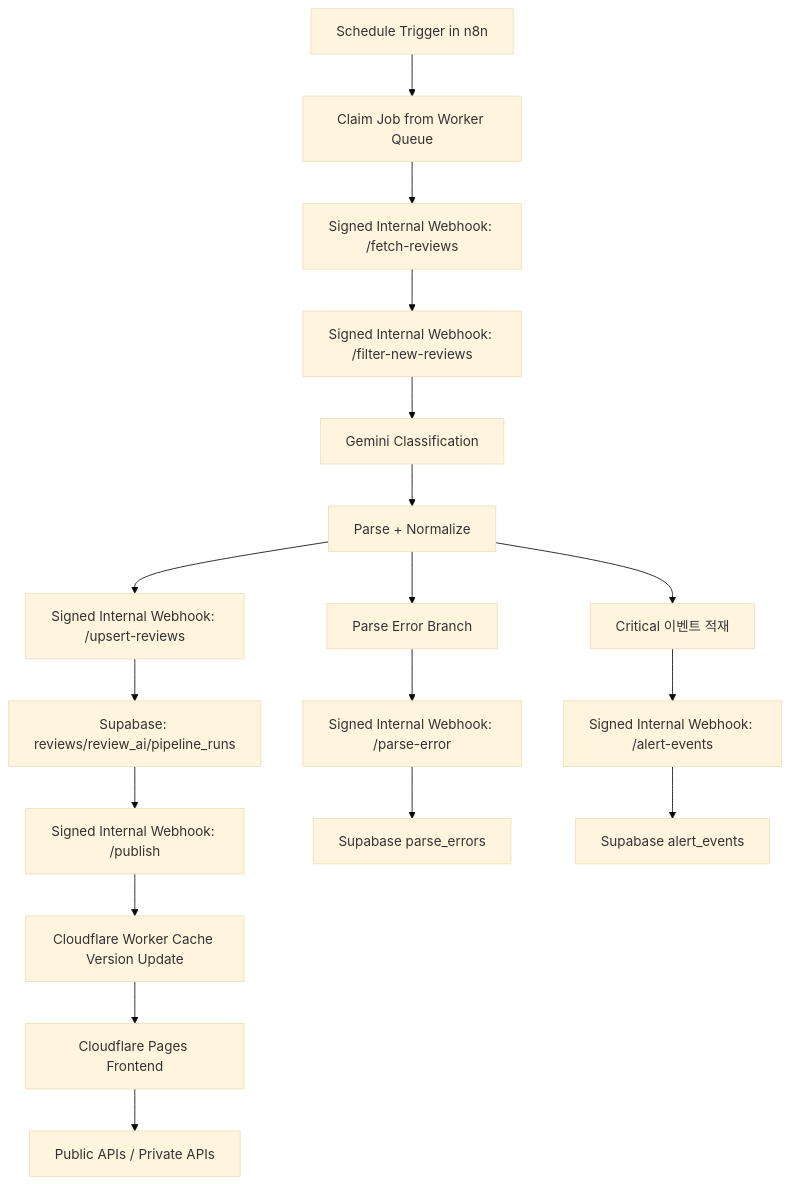
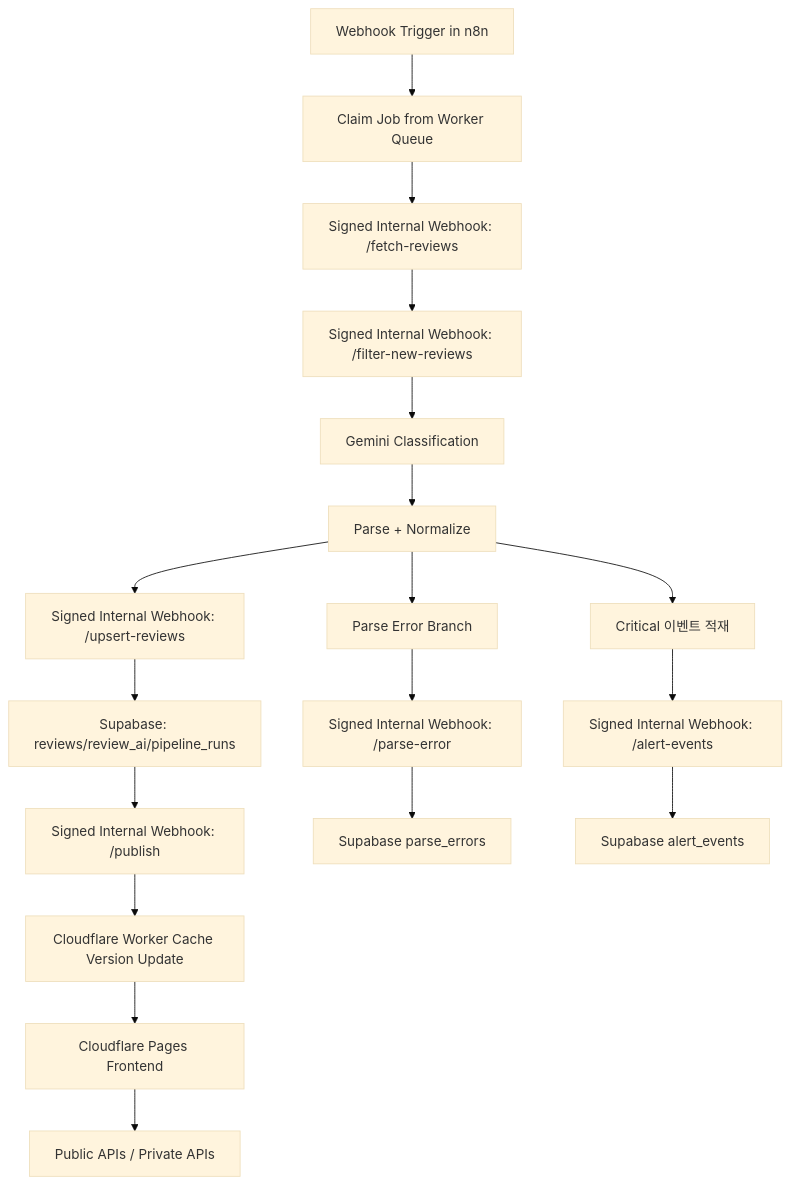
Before and after one commit to jeonsavvy/VoC-Radar: the diagram in README.md, drawn with Mermaid (base theme). The commit also changed other lines of this file and 9 other files, not shown here.

Commit message:
feat: trigger n8n immediately when queue job is created

````diff
--- a/README.md
+++ b/README.md
@@ -8,20 +8,20 @@
 ```mermaid
 graph TD
-    A[Schedule Trigger in n8n] --> B[Claim Job from Worker Queue]
+    A[Webhook Trigger in n8n] --> B[Claim Job from Worker Queue]
     B --> C[Signed Internal Webhook: /fetch-reviews]
     C --> D[Signed Internal Webhook: /filter-new-reviews]
     D --> E[Gemini Classification]
     E --> F[Parse + Normalize]
     F --> G[Signed Internal Webhook: /upsert-reviews]
     G --> H[Supabase: reviews/review_ai/pipeline_runs]
     H --> I[Signed Internal Webhook: /publish]
     I --> J[Cloudflare Worker Cache Version Update]
     J --> K[Cloudflare Pages Frontend]
     K --> L[Public APIs / Private APIs]
     F --> M[Parse Error Branch]
     M --> N[Signed Internal Webhook: /parse-error]
     N --> O[Supabase parse_errors]
     F --> P[Critical 이벤트 적재]
     P --> Q[Signed Internal Webhook: /alert-events]
     Q --> R[Supabase alert_events]
 ```
````
